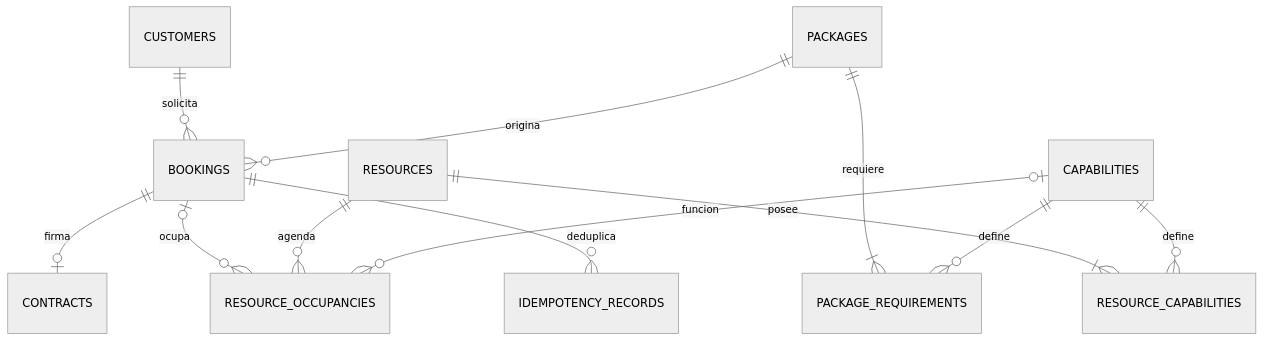
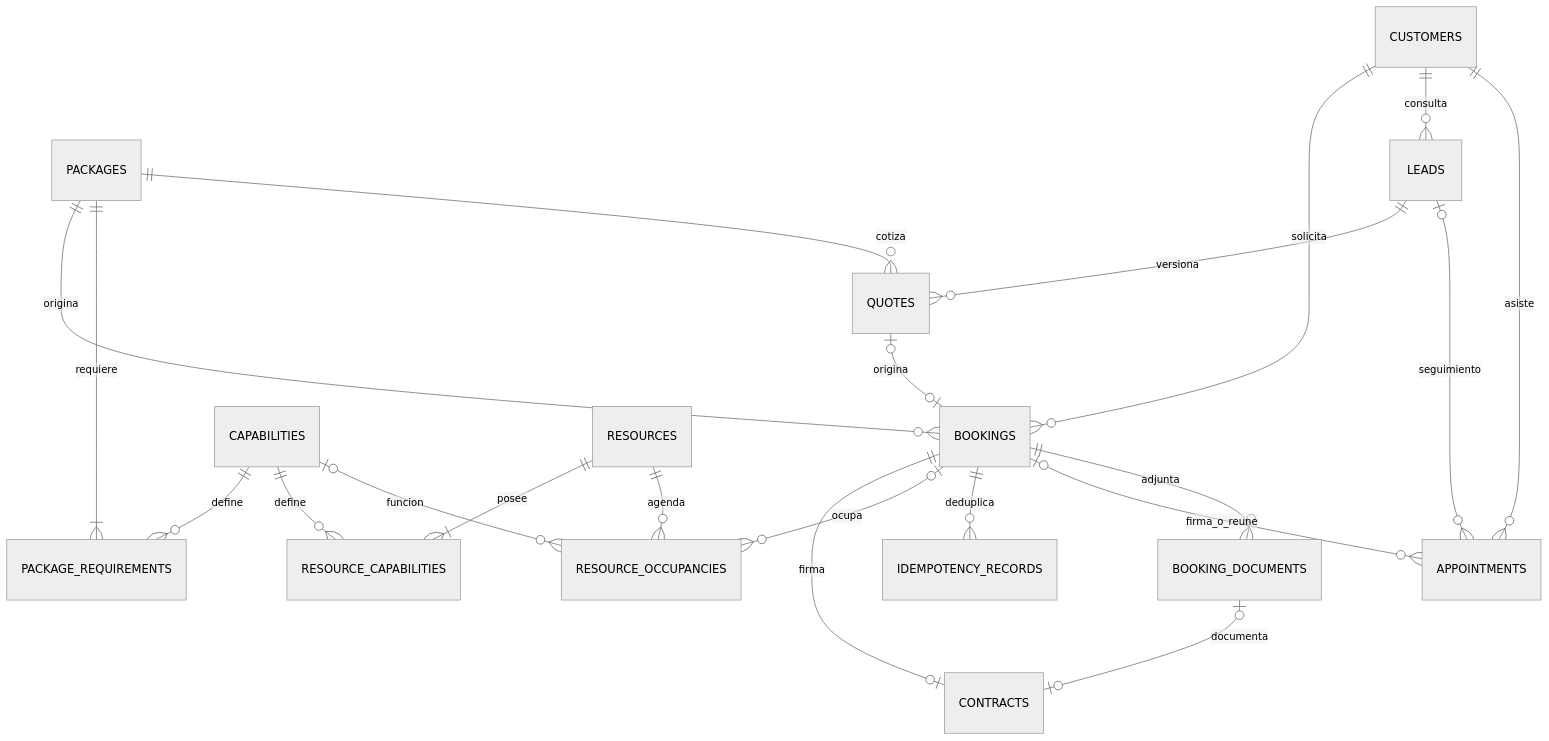
The diagram in docs/database.md (LuisRD-Biz/JordyBooking), drawn with Mermaid (neutral theme) before and after one commit. The commit also changed other lines of this file and 15 other files, not shown here.

````diff
--- a/docs/database.md
+++ b/docs/database.md
@@ -3,14 +3,23 @@
 ```mermaid
 erDiagram
     CUSTOMERS ||--o{ BOOKINGS : solicita
     PACKAGES ||--o{ BOOKINGS : origina
     PACKAGES ||--|{ PACKAGE_REQUIREMENTS : requiere
     CAPABILITIES ||--o{ PACKAGE_REQUIREMENTS : define
     RESOURCES ||--|{ RESOURCE_CAPABILITIES : posee
     CAPABILITIES ||--o{ RESOURCE_CAPABILITIES : define
     BOOKINGS ||--o| CONTRACTS : firma
     BOOKINGS o|--o{ RESOURCE_OCCUPANCIES : ocupa
     RESOURCES ||--o{ RESOURCE_OCCUPANCIES : agenda
     CAPABILITIES o|--o{ RESOURCE_OCCUPANCIES : funcion
     BOOKINGS ||--o{ IDEMPOTENCY_RECORDS : deduplica
+    CUSTOMERS ||--o{ LEADS : consulta
+    LEADS ||--o{ QUOTES : versiona
+    PACKAGES ||--o{ QUOTES : cotiza
+    QUOTES o|--o| BOOKINGS : origina
+    CUSTOMERS ||--o{ APPOINTMENTS : asiste
+    BOOKINGS o|--o{ APPOINTMENTS : firma_o_reune
+    LEADS o|--o{ APPOINTMENTS : seguimiento
+    BOOKINGS ||--o{ BOOKING_DOCUMENTS : adjunta
+    BOOKING_DOCUMENTS o|--o| CONTRACTS : documenta
 ```
````
